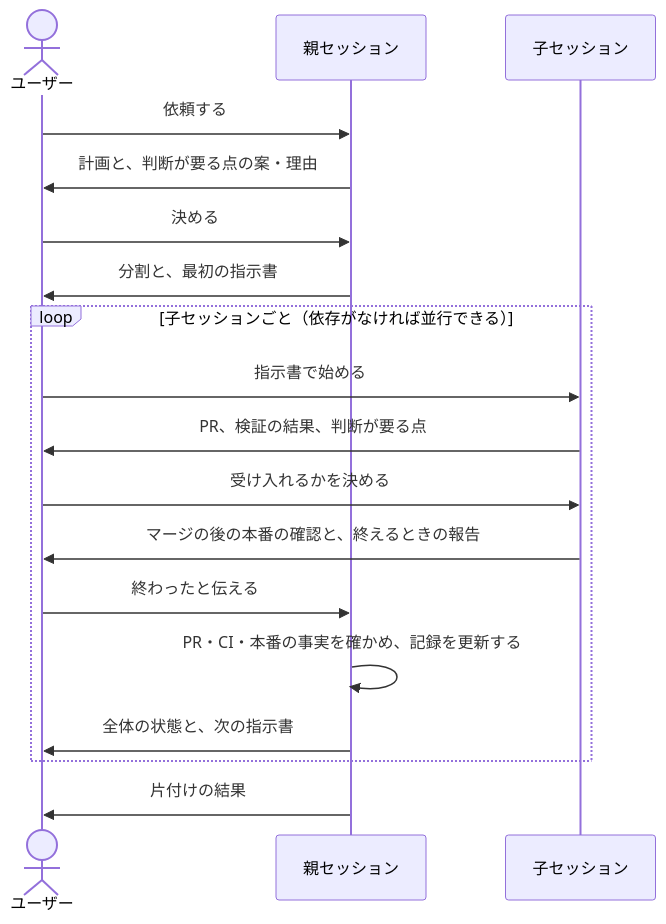
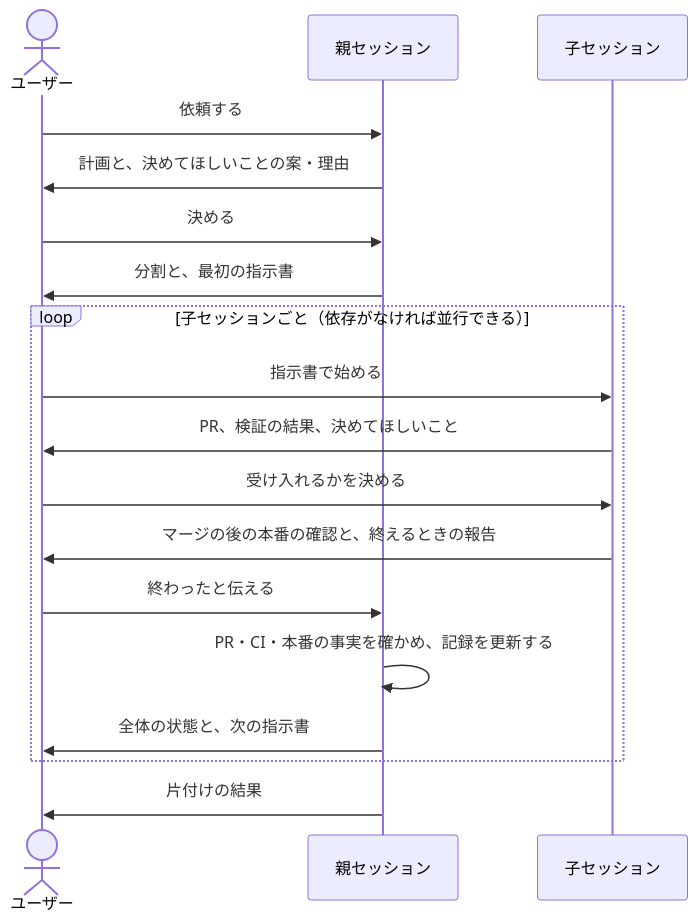
The diagram in skills/coordinate-sessions/SKILL.md (shin4488/agent-plugins), drawn with Mermaid before and after one commit. The commit also changed other lines of this file, not shown here.

````diff
--- a/skills/coordinate-sessions/SKILL.md
+++ b/skills/coordinate-sessions/SKILL.md
@@ -22,20 +22,20 @@
 ```mermaid
 sequenceDiagram
     actor User as ユーザー
     participant Parent as 親セッション
     participant Child as 子セッション
     User->>Parent: 依頼する
-    Parent->>User: 計画と、判断が要る点の案・理由
+    Parent->>User: 計画と、決めてほしいことの案・理由
     User->>Parent: 決める
     Parent->>User: 分割と、最初の指示書
     loop 子セッションごと（依存がなければ並行できる）
         User->>Child: 指示書で始める
-        Child->>User: PR、検証の結果、判断が要る点
+        Child->>User: PR、検証の結果、決めてほしいこと
         User->>Child: 受け入れるかを決める
         Child->>User: マージの後の本番の確認と、終えるときの報告
         User->>Parent: 終わったと伝える
         Parent->>Parent: PR・CI・本番の事実を確かめ、記録を更新する
         Parent->>User: 全体の状態と、次の指示書
     end
     Parent->>User: 片付けの結果
 ```
````
